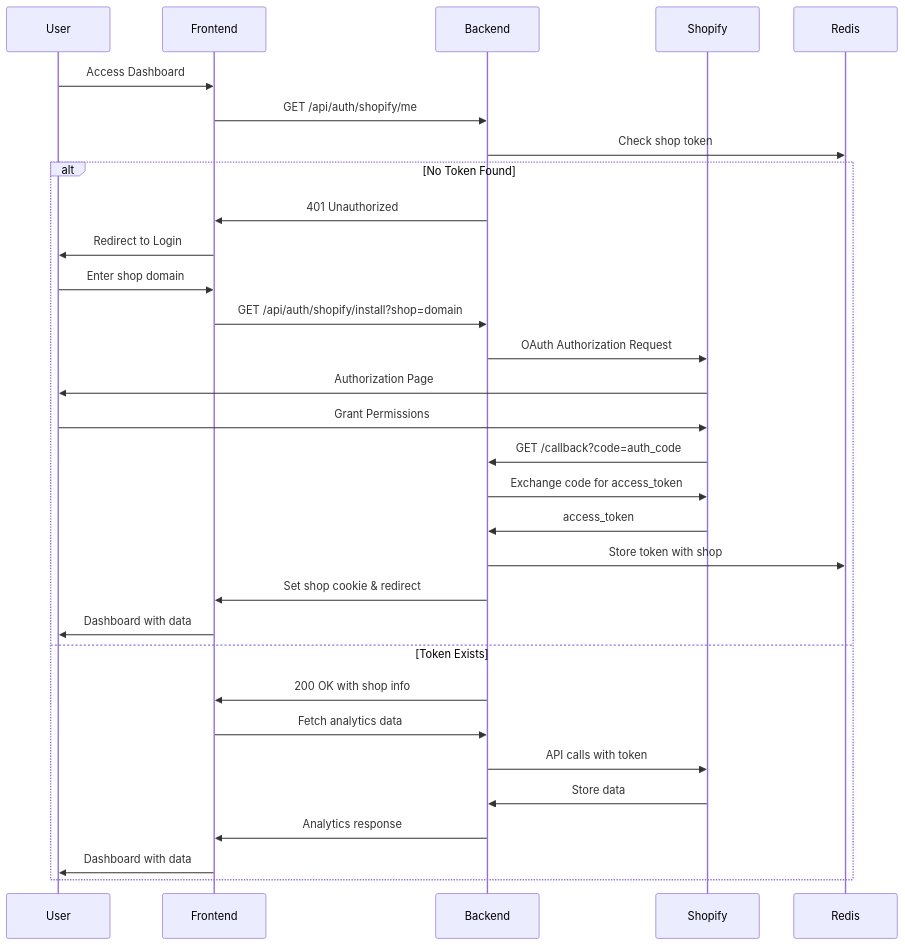
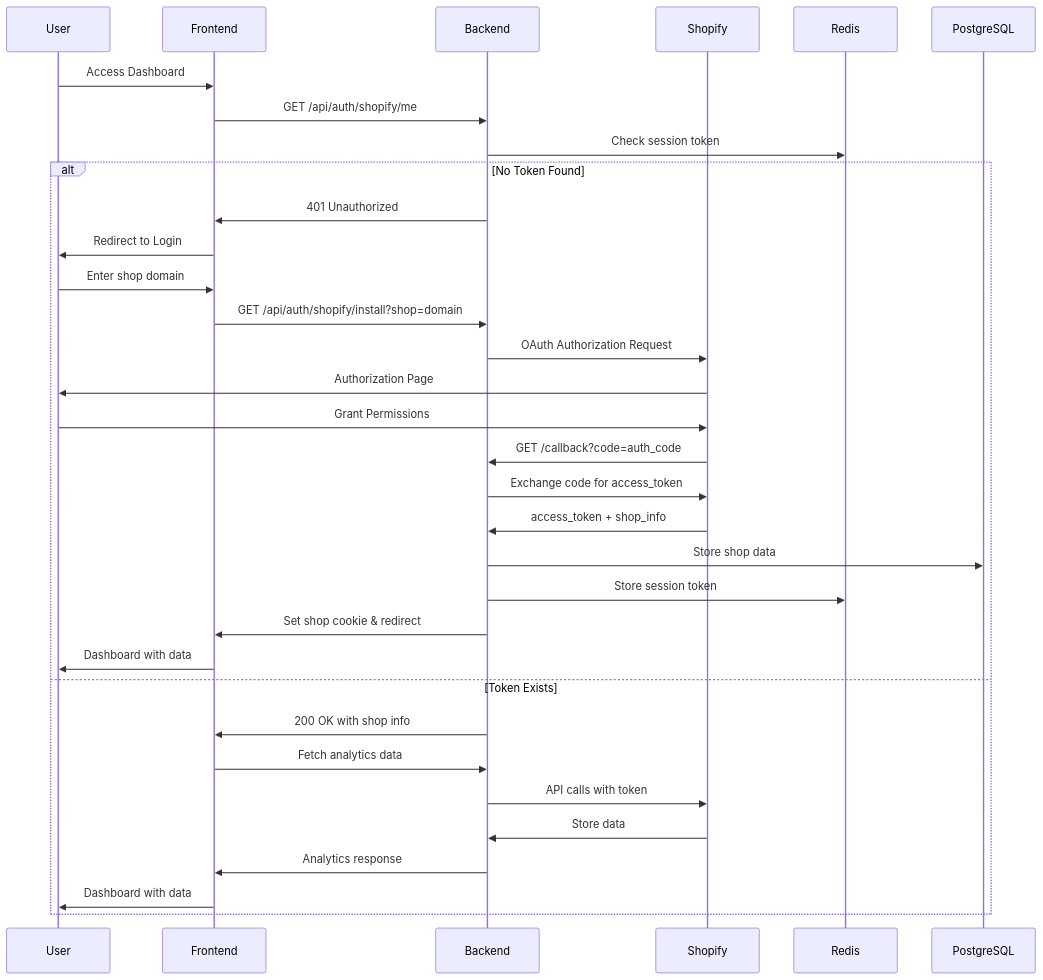
One commit to teja230/storesight changed the second of 3 diagrams in README.md. Above: the diagram before and after it, drawn with Mermaid. The commit also changed other lines of this file and 4 other files, not shown here.

````diff
--- a/README.md
+++ b/README.md
@@ -61,35 +103,37 @@
 ```mermaid
 sequenceDiagram
     participant User
     participant Frontend
     participant Backend
     participant Shopify
     participant Redis
+    participant PostgreSQL
     
     User->>Frontend: Access Dashboard
     Frontend->>Backend: GET /api/auth/shopify/me
-    Backend->>Redis: Check shop token
+    Backend->>Redis: Check session token
     
     alt No Token Found
         Backend->>Frontend: 401 Unauthorized
         Frontend->>User: Redirect to Login
         User->>Frontend: Enter shop domain
         Frontend->>Backend: GET /api/auth/shopify/install?shop=domain
         Backend->>Shopify: OAuth Authorization Request
         Shopify->>User: Authorization Page
         User->>Shopify: Grant Permissions
         Shopify->>Backend: GET /callback?code=auth_code
         Backend->>Shopify: Exchange code for access_token
-        Shopify->>Backend: access_token
-        Backend->>Redis: Store token with shop
+        Shopify->>Backend: access_token + shop_info
+        Backend->>PostgreSQL: Store shop data
+        Backend->>Redis: Store session token
         Backend->>Frontend: Set shop cookie & redirect
         Frontend->>User: Dashboard with data
     else Token Exists
         Backend->>Frontend: 200 OK with shop info
         Frontend->>Backend: Fetch analytics data
         Backend->>Shopify: API calls with token
         Shopify->>Backend: Store data
         Backend->>Frontend: Analytics response
         Frontend->>User: Dashboard with data
     end
-``` 
+```
````
